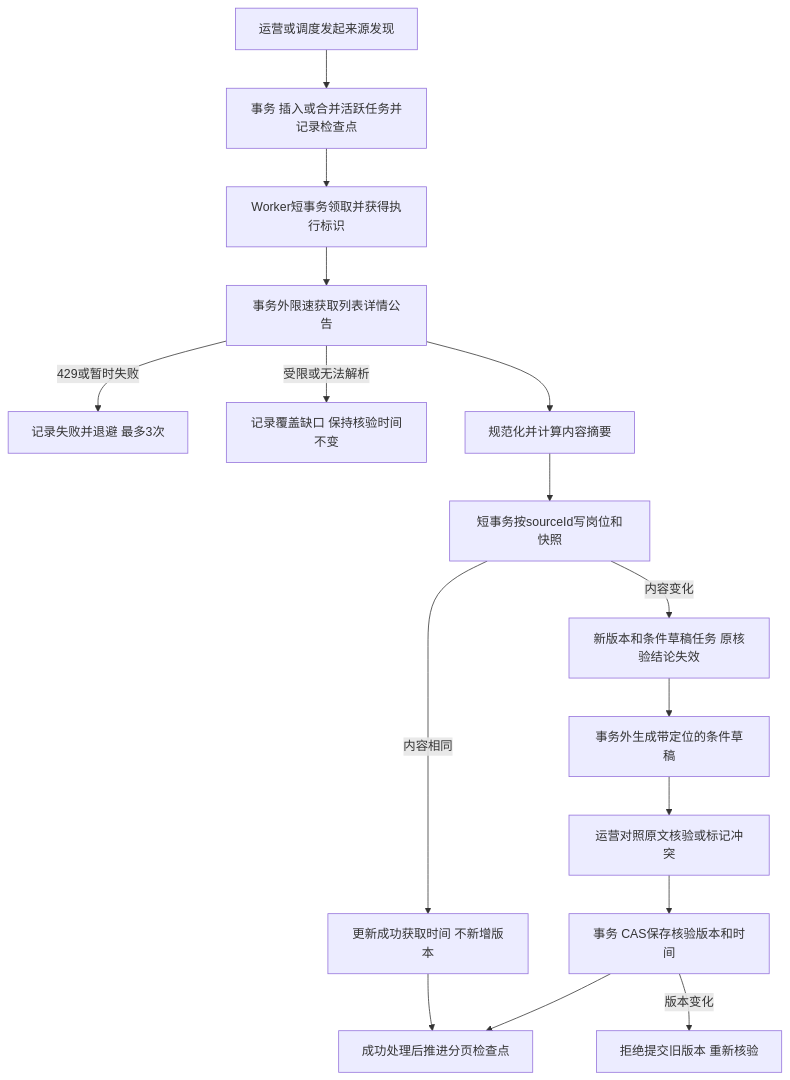
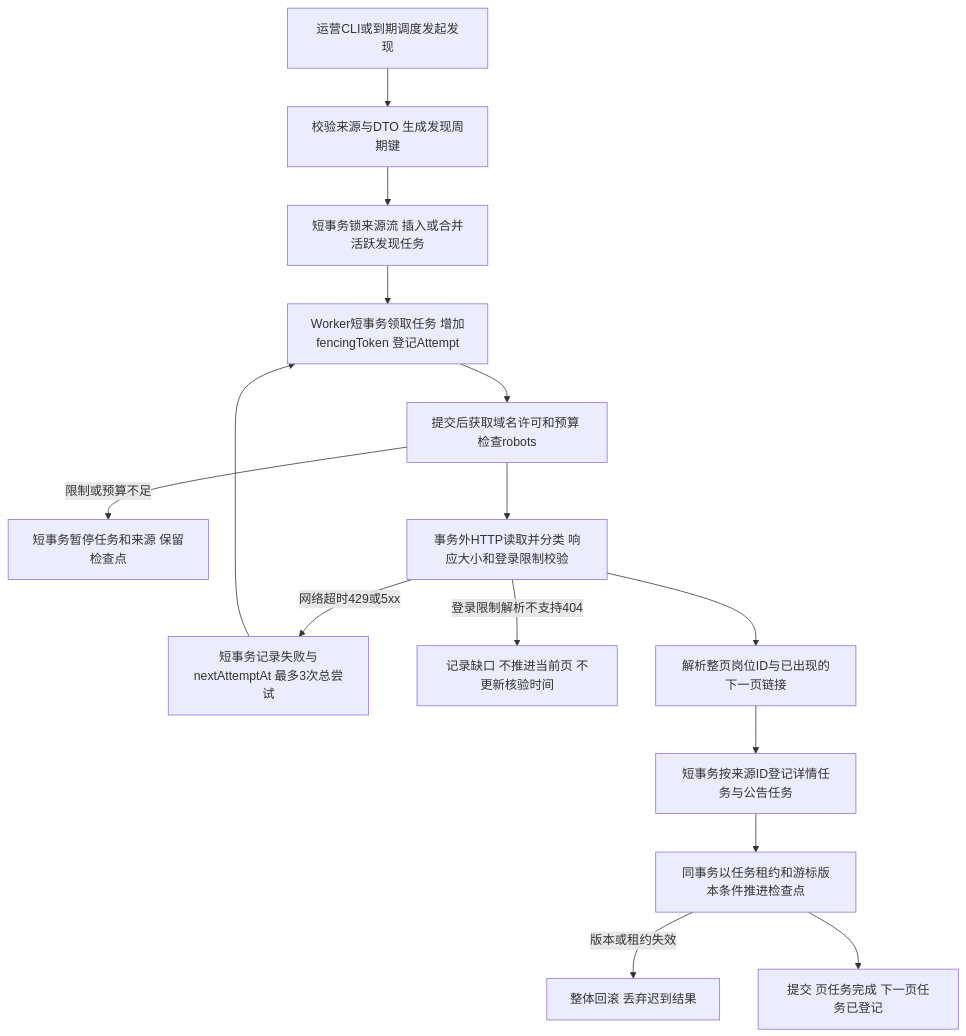
Before and after one commit to Zz1li-Wang/job-search: the first of 4 diagrams in career-assistant/docs/design/ingestion.md, drawn with Mermaid. The commit also changed other lines of this file and 402 other files, not shown here.

````diff
--- a/career-assistant/docs/design/ingestion.md
+++ b/career-assistant/docs/design/ingestion.md
@@ -11,18 +50,17 @@
 ```mermaid
 flowchart TD
-    S[运营或调度发起来源发现] --> Q[事务 插入或合并活跃任务并记录检查点]
-    Q --> W[Worker短事务领取并获得执行标识]
-    W --> FETCH[事务外限速获取列表详情公告]
-    FETCH -->|429或暂时失败| RETRY[记录失败并退避 最多3次]
-    FETCH -->|受限或无法解析| GAP[记录覆盖缺口 保持核验时间不变]
-    FETCH --> PARSE[规范化并计算内容摘要]
-    PARSE --> TX[短事务按sourceId写岗位和快照]
-    TX -->|内容相同| SAME[更新成功获取时间 不新增版本]
-    TX -->|内容变化| NEW[新版本和条件草稿任务 原核验结论失效]
-    NEW --> EXTRACT[事务外生成带定位的条件草稿]
-    EXTRACT --> REVIEW[运营对照原文核验或标记冲突]
-    REVIEW --> SAVE[事务 CAS保存核验版本和时间]
-    SAVE -->|版本变化| STALE[拒绝提交旧版本 重新核验]
-    SAME --> CP[成功处理后推进分页检查点]
-    SAVE --> CP
+    A[运营CLI或到期调度发起发现] --> B[校验来源与DTO 生成发现周期键]
+    B --> C[短事务锁来源流 插入或合并活跃发现任务]
+    C --> D[Worker短事务领取任务 增加fencingToken 登记Attempt]
+    D --> E[提交后获取域名许可和预算 检查robots]
+    E -->|限制或预算不足| P[短事务暂停任务和来源 保留检查点]
+    E --> F[事务外HTTP读取并分类 响应大小和登录限制校验]
+    F -->|网络超时429或5xx| R[短事务记录失败与nextAttemptAt 最多3次总尝试]
+    F -->|登录限制解析不支持404| X[记录缺口 不推进当前页 不更新核验时间]
+    F --> G[解析整页岗位ID与已出现的下一页链接]
+    G --> H[短事务按来源ID登记详情任务与公告任务]
+    H --> I[同事务以任务租约和游标版本条件推进检查点]
+    I -->|版本或租约失效| J[整体回滚 丢弃迟到结果]
+    I --> K[提交 页任务完成 下一页任务已登记]
+    R --> D
 ```
````
